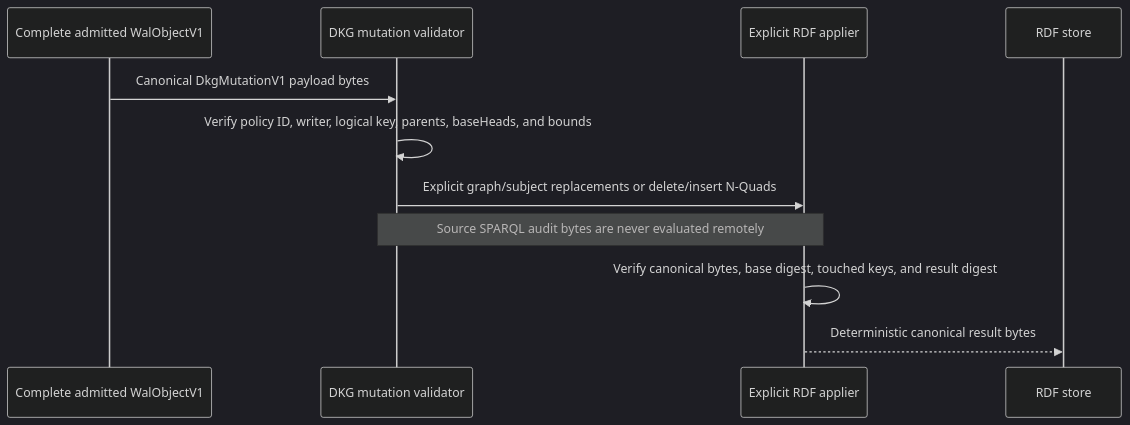
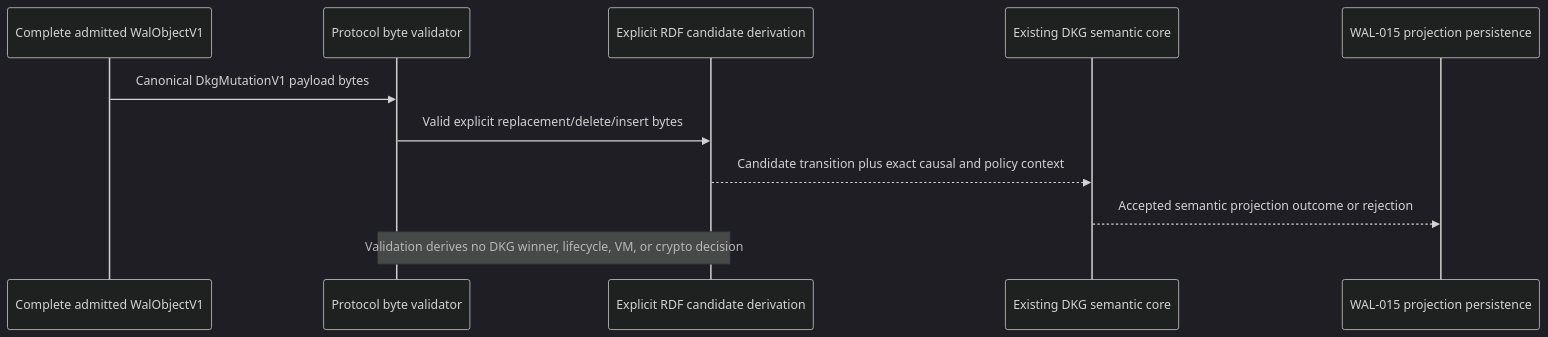
One commit to OriginTrail/dkg changed the second of 2 diagrams in docs/active-now/wal-parallel-protocol-task-pack/WAL-012-EVIDENCE.md. Above: the diagram before and after it, drawn with Mermaid (dark theme). The commit also changed other lines of this file and 32 other files, not shown here.

Commit message:
Enforce one shared DKG semantic core

````diff
--- a/docs/active-now/wal-parallel-protocol-task-pack/WAL-012-EVIDENCE.md
+++ b/docs/active-now/wal-parallel-protocol-task-pack/WAL-012-EVIDENCE.md
@@ -47,13 +43,13 @@
 ```mermaid
 sequenceDiagram
-    participant W as Complete admitted WalObjectV1
-    participant V as DKG mutation validator
-    participant R as Explicit RDF applier
-    participant T as RDF store
-    W->>V: Canonical DkgMutationV1 payload bytes
-    V->>V: Verify policy ID, writer, logical key, parents, baseHeads, and bounds
-    V->>R: Explicit graph/subject replacements or delete/insert N-Quads
-    Note over V,R: Source SPARQL audit bytes are never evaluated remotely
-    R->>R: Verify canonical bytes, base digest, touched keys, and result digest
-    R-->>T: Deterministic canonical result bytes
+    participant O as Complete admitted WalObjectV1
+    participant V as Protocol byte validator
+    participant C as Explicit RDF candidate derivation
+    participant S as Existing DKG semantic core
+    participant P as WAL-015 projection persistence
+    O->>V: Canonical DkgMutationV1 payload bytes
+    V->>C: Valid explicit replacement/delete/insert bytes
+    C-->>S: Candidate transition plus exact causal and policy context
+    S-->>P: Accepted semantic projection outcome or rejection
+    Note over V,C: Validation derives no DKG winner, lifecycle, VM, or crypto decision
 ```
````
